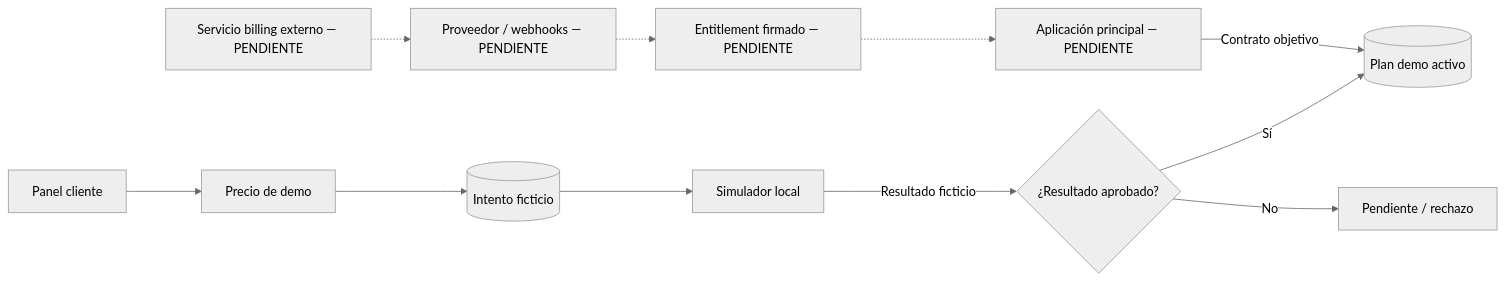
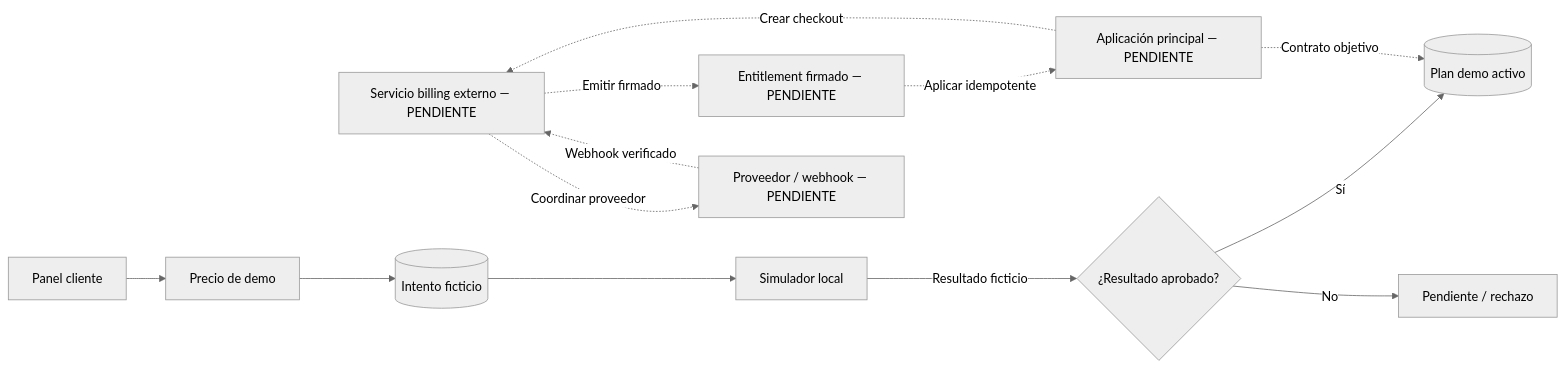
The diagram in docs/diagrams/payments.mmd (ZpectralCrystals/nupcial-saas), drawn with Mermaid (neutral theme) before and after one commit. The commit also changed 52 other files, not shown here.

```diff
--- a/docs/diagrams/payments.mmd
+++ b/docs/diagrams/payments.mmd
@@ -1,22 +1,24 @@
 flowchart LR
   owner["Panel cliente"]
   catalog["Precio de demo"]
   order[("Intento ficticio")]
   mock["Simulador local"]
   decision{"¿Resultado aprobado?"}
   activate[("Plan demo activo")]
   billing["Servicio billing externo — PENDIENTE"]
   entitlement["Entitlement firmado — PENDIENTE"]
   other["Pendiente / rechazo"]
-  separate["Proveedor / webhooks — PENDIENTE"]
+  separate["Proveedor / webhook — PENDIENTE"]
   main["Aplicación principal — PENDIENTE"]
   owner --> catalog
   catalog --> order
   order --> mock
   mock -->|"Resultado ficticio"| decision
   decision -->|"Sí"| activate
   decision -->|"No"| other
-  billing -.-> separate
-  separate -.-> entitlement
-  entitlement -.-> main
-  main -->|"Contrato objetivo"| activate
+  main -.->|"Crear checkout"| billing
+  billing -.->|"Coordinar proveedor"| separate
+  separate -.->|"Webhook verificado"| billing
+  billing -.->|"Emitir firmado"| entitlement
+  entitlement -.->|"Aplicar idempotente"| main
+  main -.->|"Contrato objetivo"| activate
```
